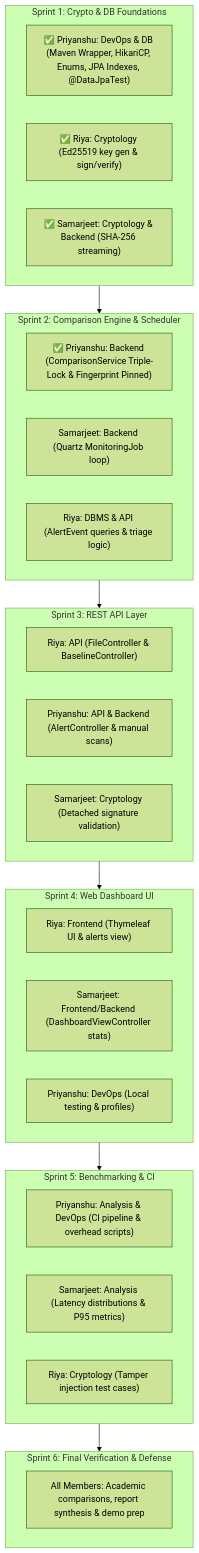
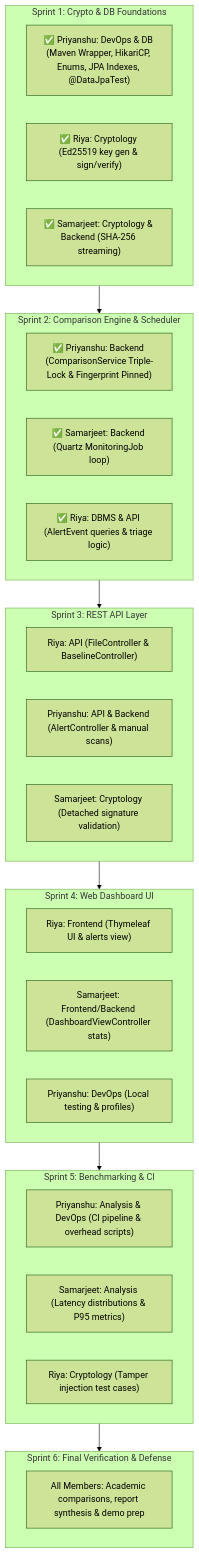
The diagram in docs/BRAIN.md (PG300604/HashWatch), drawn with Mermaid (forest theme) before and after one commit. The commit also changed 5 other files, not shown here.

Commit message:
feat(dbms): implement enriched alert queries, persistence tests, and ERD documentation (Resolves S2-T3)

````diff
--- a/docs/BRAIN.md
+++ b/docs/BRAIN.md
@@ -70,38 +70,38 @@
 ```mermaid
 flowchart TD
     subgraph Sprint1["Sprint 1: Crypto & DB Foundations"]
         S1P["✅ Priyanshu: DevOps & DB (Maven Wrapper, HikariCP, Enums, JPA Indexes, @DataJpaTest)"]
         S1R["✅ Riya: Cryptology (Ed25519 key gen & sign/verify)"]
         S1S["✅ Samarjeet: Cryptology & Backend (SHA-256 streaming)"]
     end
 
     subgraph Sprint2["Sprint 2: Comparison Engine & Scheduler"]
         S2P["✅ Priyanshu: Backend (ComparisonService Triple-Lock & Fingerprint Pinned)"]
-        S2S["Samarjeet: Backend (Quartz MonitoringJob loop)"]
-        S2R["Riya: DBMS & API (AlertEvent queries & triage logic)"]
+        S2S["✅ Samarjeet: Backend (Quartz MonitoringJob loop)"]
+        S2R["✅ Riya: DBMS & API (AlertEvent queries & triage logic)"]
     end
 
     subgraph Sprint3["Sprint 3: REST API Layer"]
         S3R["Riya: API (FileController & BaselineController)"]
         S3P["Priyanshu: API & Backend (AlertController & manual scans)"]
         S3S["Samarjeet: Cryptology (Detached signature validation)"]
     end
 
     subgraph Sprint4["Sprint 4: Web Dashboard UI"]
         S4R["Riya: Frontend (Thymeleaf UI & alerts view)"]
         S4S["Samarjeet: Frontend/Backend (DashboardViewController stats)"]
         S4P["Priyanshu: DevOps (Local testing & profiles)"]
     end
 
     subgraph Sprint5["Sprint 5: Benchmarking & CI"]
         S5P["Priyanshu: Analysis & DevOps (CI pipeline & overhead scripts)"]
         S5S["Samarjeet: Analysis (Latency distributions & P95 metrics)"]
         S5R["Riya: Cryptology (Tamper injection test cases)"]
     end
 
     subgraph Sprint6["Sprint 6: Final Verification & Defense"]
         ALL["All Members: Academic comparisons, report synthesis & demo prep"]
     end
 
     Sprint1 --> Sprint2 --> Sprint3 --> Sprint4 --> Sprint5 --> Sprint6
 ```
````
